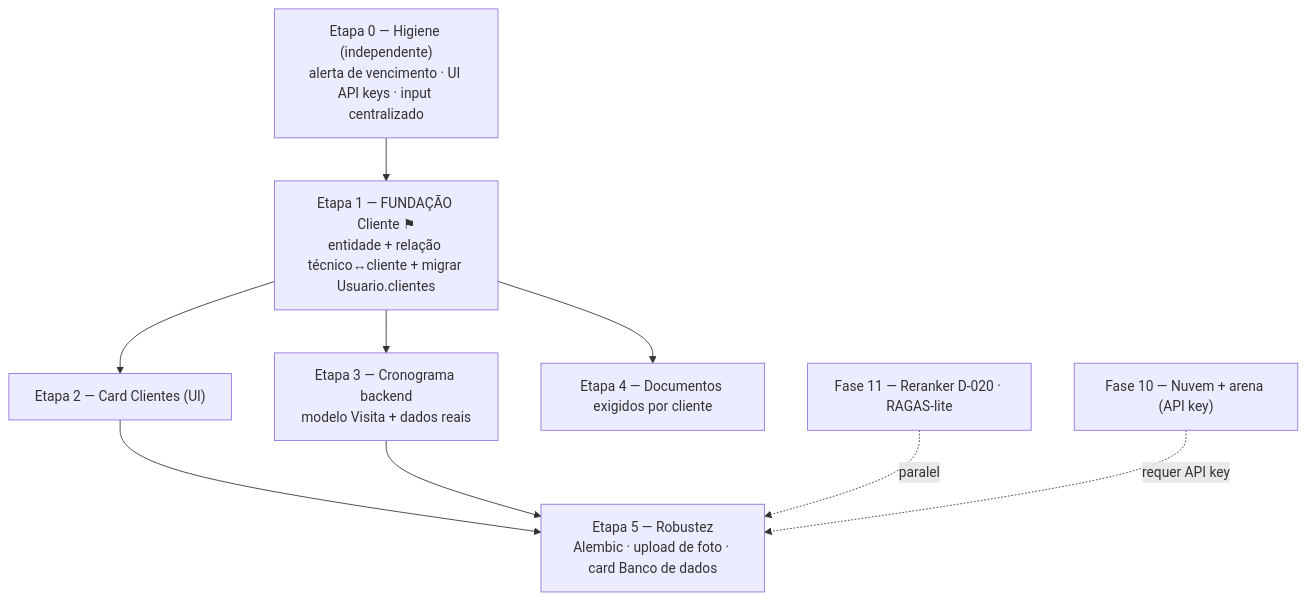
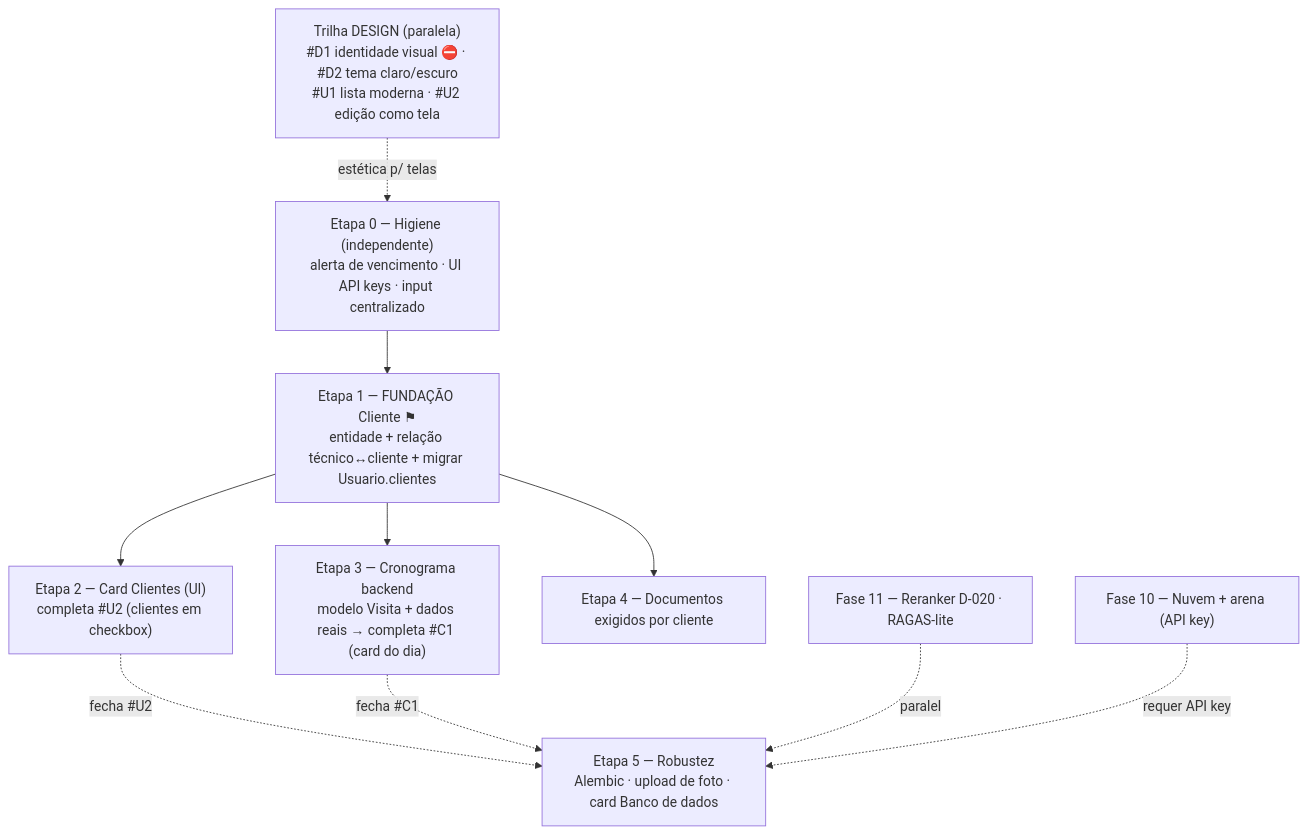
One commit to caiquemiranda/RAG-Simplex changed the diagram in docs/projeto/PLANEJAMENTO.md. Above: the diagram before and after it, drawn with Mermaid. The commit also changed other lines of this file and 2 other files, not shown here.

First line of the commit message:
docs(planejamento): adiciona trilha de design/tema e telas (5 solicitações)

````diff
--- a/docs/projeto/PLANEJAMENTO.md
+++ b/docs/projeto/PLANEJAMENTO.md
@@ -48,20 +51,22 @@
 ```mermaid
 flowchart TD
+  D["Trilha DESIGN (paralela)<br/>#D1 identidade visual ⛔ · #D2 tema claro/escuro<br/>#U1 lista moderna · #U2 edição como tela"]
   E0["Etapa 0 — Higiene (independente)<br/>alerta de vencimento · UI API keys · input centralizado"]
   E1["Etapa 1 — FUNDAÇÃO Cliente ⚑<br/>entidade + relação técnico↔cliente + migrar Usuario.clientes"]
-  E2["Etapa 2 — Card Clientes (UI)"]
-  E3["Etapa 3 — Cronograma backend<br/>modelo Visita + dados reais"]
+  E2["Etapa 2 — Card Clientes (UI)<br/>completa #U2 (clientes em checkbox)"]
+  E3["Etapa 3 — Cronograma backend<br/>modelo Visita + dados reais → completa #C1 (card do dia)"]
   E4["Etapa 4 — Documentos exigidos por cliente"]
   E5["Etapa 5 — Robustez<br/>Alembic · upload de foto · card Banco de dados"]
   F10["Fase 10 — Nuvem + arena (API key)"]
   F11["Fase 11 — Reranker D-020 · RAGAS-lite"]
 
+  D -.estética p/ telas.-> E0
   E0 --> E1
   E1 --> E2
   E1 --> E3
   E1 --> E4
-  E2 --> E5
-  E3 --> E5
+  E2 -.fecha #U2.-> E5
+  E3 -.fecha #C1.-> E5
   F11 -.paralelo.-> E5
   F10 -.requer API key.-> E5
 ```
````
